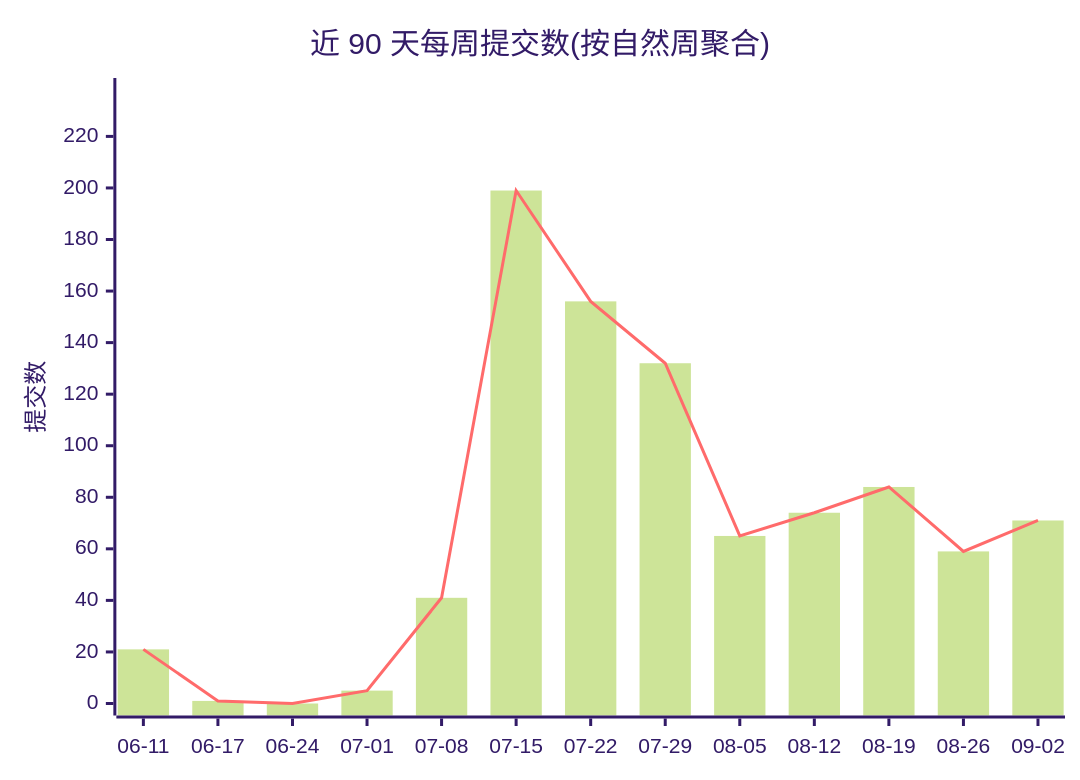
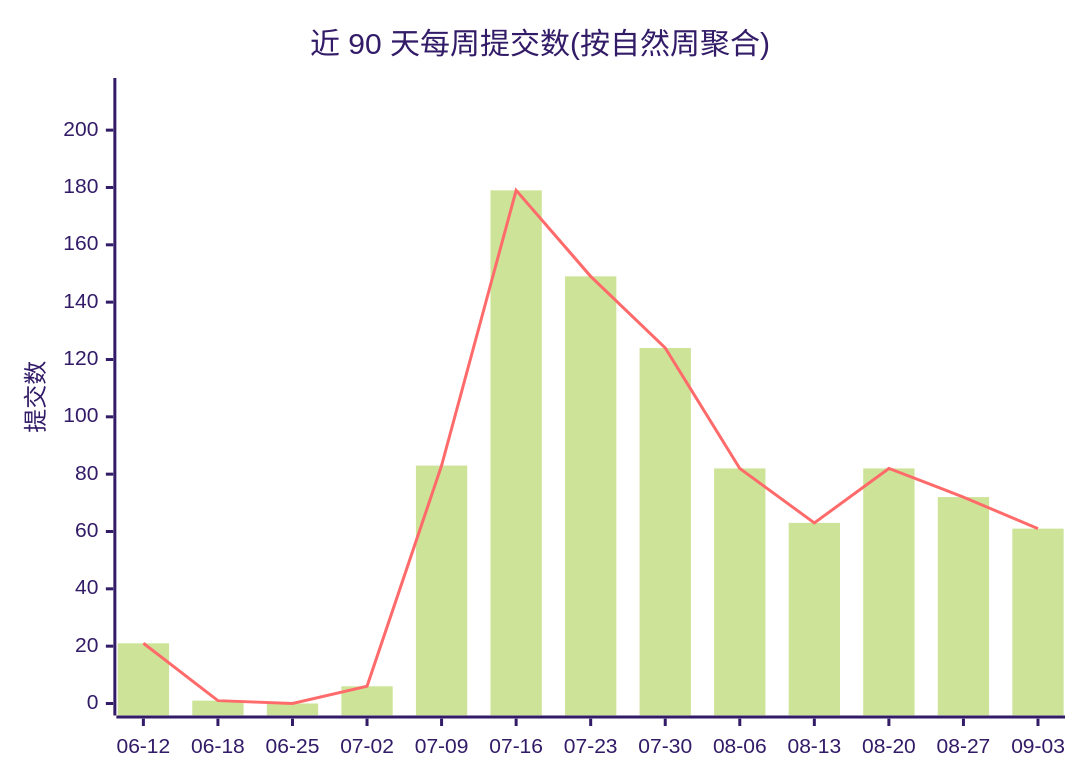
The first of 2 diagrams in profile/README.md (Conflux-Union/.github), drawn with Mermaid (forest theme) before and after one commit. The commit also changed other lines of this file and 1 other file, not shown here.

````diff
--- a/profile/README.md
+++ b/profile/README.md
@@ -44,8 +44,8 @@
 ```mermaid
 xychart-beta
     title "近 90 天每周提交数(按自然周聚合)"
-    x-axis ["06-11", "06-17", "06-24", "07-01", "07-08", "07-15", "07-22", "07-29", "08-05", "08-12", "08-19", "08-26", "09-02"]
-    y-axis "提交数" 0 --> 238
-    bar [21, 1, 0, 5, 41, 199, 156, 132, 65, 74, 84, 59, 71]
-    line [21, 1, 0, 5, 41, 199, 156, 132, 65, 74, 84, 59, 71]
+    x-axis ["06-12", "06-18", "06-25", "07-02", "07-09", "07-16", "07-23", "07-30", "08-06", "08-13", "08-20", "08-27", "09-03"]
+    y-axis "提交数" 0 --> 214
+    bar [21, 1, 0, 6, 83, 179, 149, 124, 82, 63, 82, 72, 61]
+    line [21, 1, 0, 6, 83, 179, 149, 124, 82, 63, 82, 72, 61]
 ```
````
